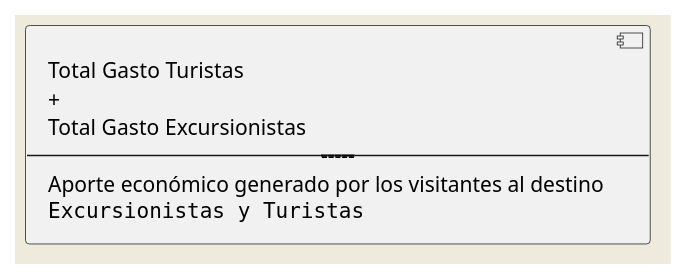
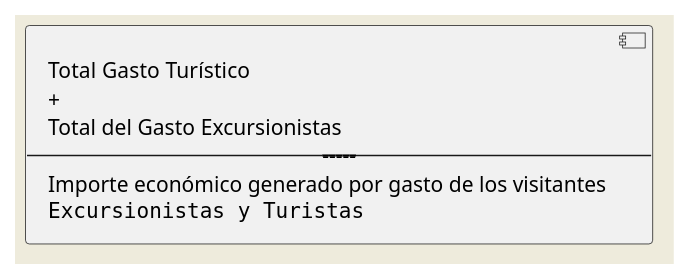
Before and after one commit to MarcoCenturion/Linux: diagram 12 of 15 in plantuml_turismo.md, drawn with PlantUML. The commit also changed 3 other files, not shown here.

```diff
--- a/plantuml_turismo.md
+++ b/plantuml_turismo.md
@@ -145,13 +145,13 @@
 @startuml
 skinparam backgroundColor #EEEBDC
 component comp1 [
-Total Gasto Turistas
+Total Gasto Turístico
 +
-Total Gasto Excursionistas
+Total del Gasto Excursionistas
 -----------------------------
-Aporte económico generado por los visitantes al destino
+Importe económico generado por gasto de los visitantes
 <code>
 Excursionistas y Turistas
 </code>
 ]
 @enduml
```
